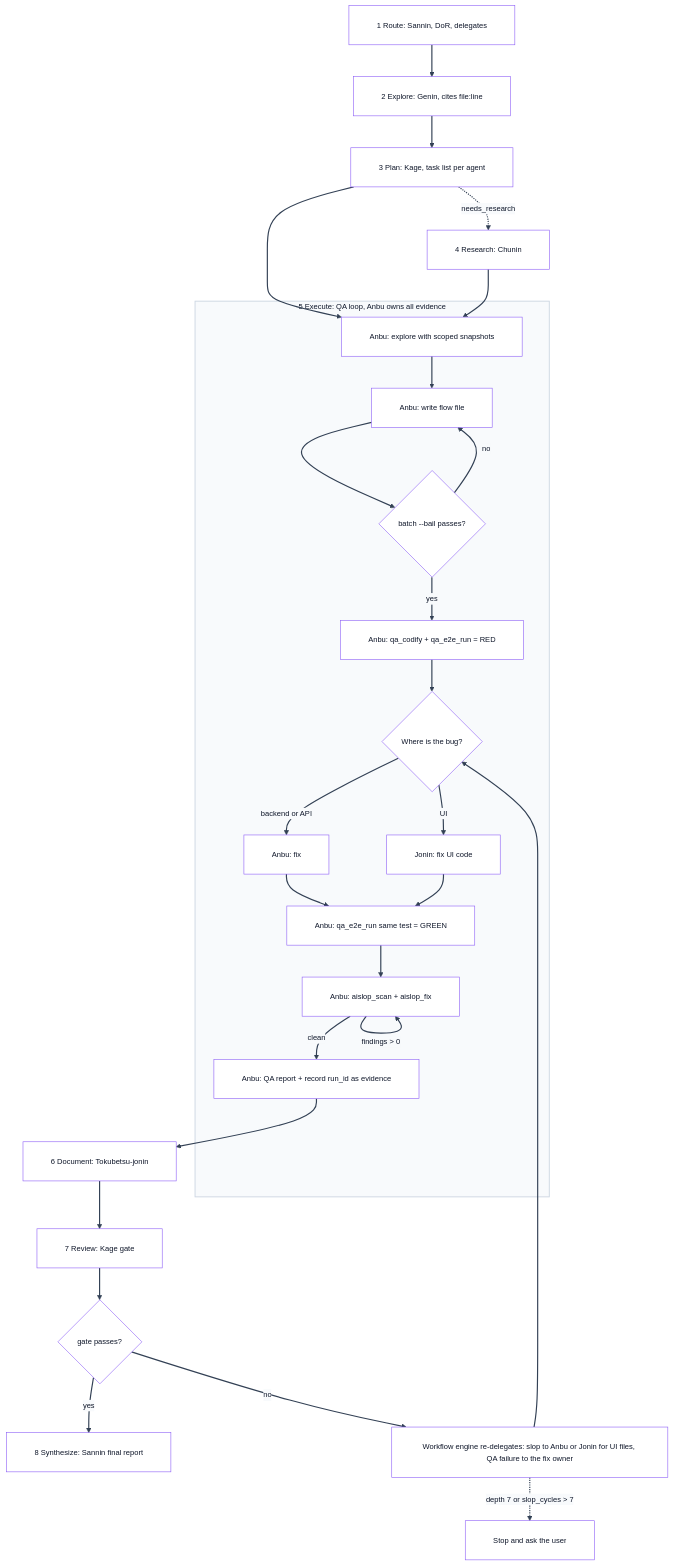
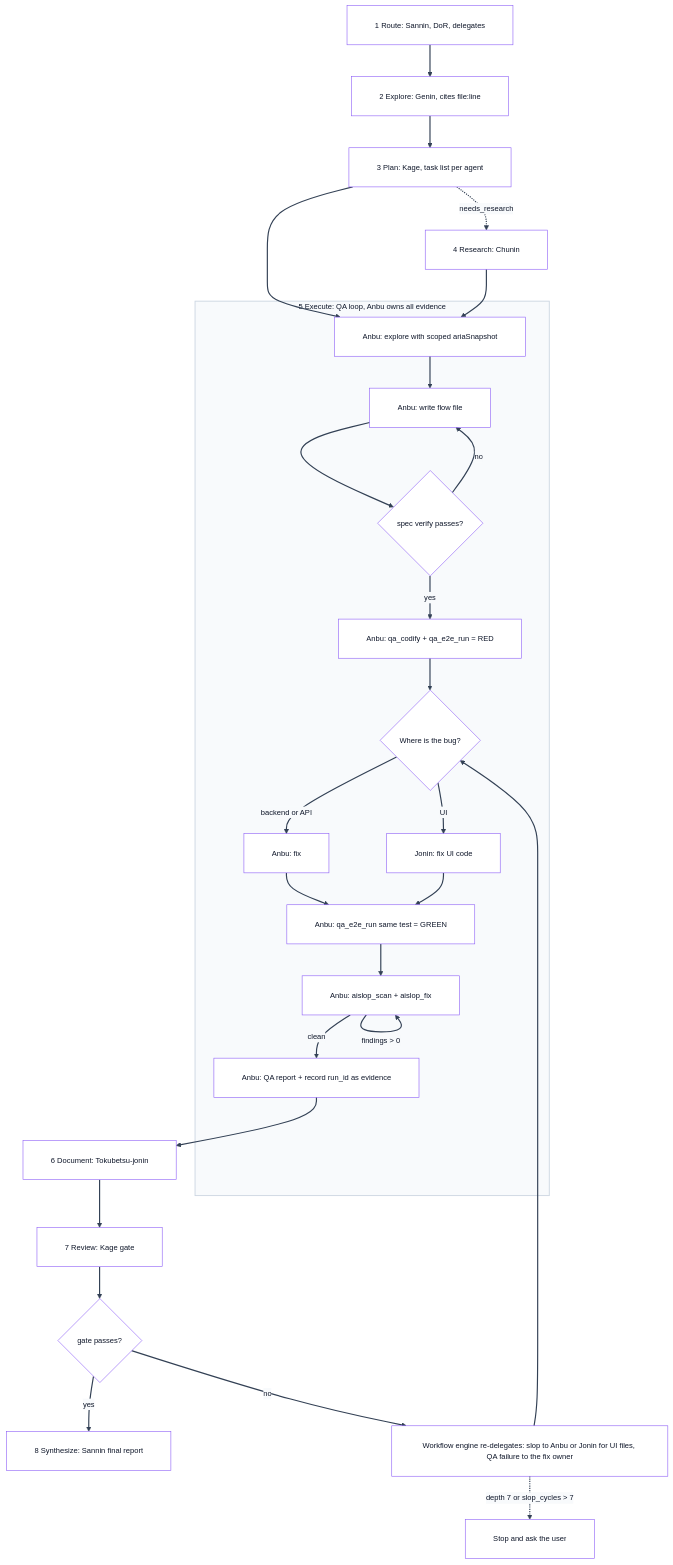
The second of 2 diagrams in docs/QA-AUTOMATION.md (andycungkrinx91/konoha), drawn with Mermaid before and after one commit. The commit also changed other lines of this file and 30 other files, not shown here.

````diff
--- a/docs/QA-AUTOMATION.md
+++ b/docs/QA-AUTOMATION.md
@@ -57,56 +59,56 @@
 ```mermaid
 ---
 config:
   theme: base
   themeVariables:
     darkMode: false
     background: '#ffffff'
     mainBkg: '#ffffff'
     primaryColor: '#ffffff'
     primaryTextColor: '#0f172a'
     primaryBorderColor: '#8b5cf6'
     lineColor: '#334155'
     arrowheadColor: '#334155'
     secondaryColor: '#f8fafc'
     tertiaryColor: '#ffffff'
     fontFamily: 'Inter, system-ui, -apple-system, sans-serif'
     fontSize: '13px'
   flowchart:
     nodeSpacing: 45
     rankSpacing: 55
     padding: 24
     wrappingWidth: 380
 ---
 flowchart TD
   P1["1 Route: Sannin, DoR, delegates"] --> P2["2 Explore: Genin, cites file:line"]
   P2 --> P3["3 Plan: Kage, task list per agent"]
   P3 -. needs_research .-> P4["4 Research: Chunin"]
   P3 --> Q1
   P4 --> Q1
 
   subgraph P5["5 Execute: QA loop, Anbu owns all evidence"]
-    Q1["Anbu: explore with scoped snapshots"] --> Q2["Anbu: write flow file"]
-    Q2 --> QV{"batch --bail passes?"}
+    Q1["Anbu: explore with scoped ariaSnapshot"] --> Q2["Anbu: write flow file"]
+    Q2 --> QV{"spec verify passes?"}
     QV -- no --> Q2
     QV -- yes --> Q3["Anbu: qa_codify + qa_e2e_run = RED"]
     Q3 --> QF{"Where is the bug?"}
     QF -- backend or API --> QFB["Anbu: fix"]
     QF -- UI --> QFU["Jonin: fix UI code"]
     QFB --> Q4["Anbu: qa_e2e_run same test = GREEN"]
     QFU --> Q4
     Q4 --> Q5["Anbu: aislop_scan + aislop_fix"]
     Q5 -- "findings > 0" --> Q5
     Q5 -- clean --> Q6["Anbu: QA report + record run_id as evidence"]
   end
 
   Q6 --> P6["6 Document: Tokubetsu-jonin"]
   P6 --> P7["7 Review: Kage gate"]
   P7 --> G{"gate passes?"}
   G -- yes --> P8["8 Synthesize: Sannin final report"]
   G -- no --> RD["Workflow engine re-delegates: slop to Anbu or Jonin for UI files, QA failure to the fix owner"]
   RD --> QF
   RD -. "depth 7 or slop_cycles > 7" .-> STOP["Stop and ask the user"]
 
   linkStyle default stroke:#334155,stroke-width:2px;
   style P5 fill:#f8fafc,stroke:#cbd5e1,stroke-width:1.5px,color:#0f172a;
 ```
````
